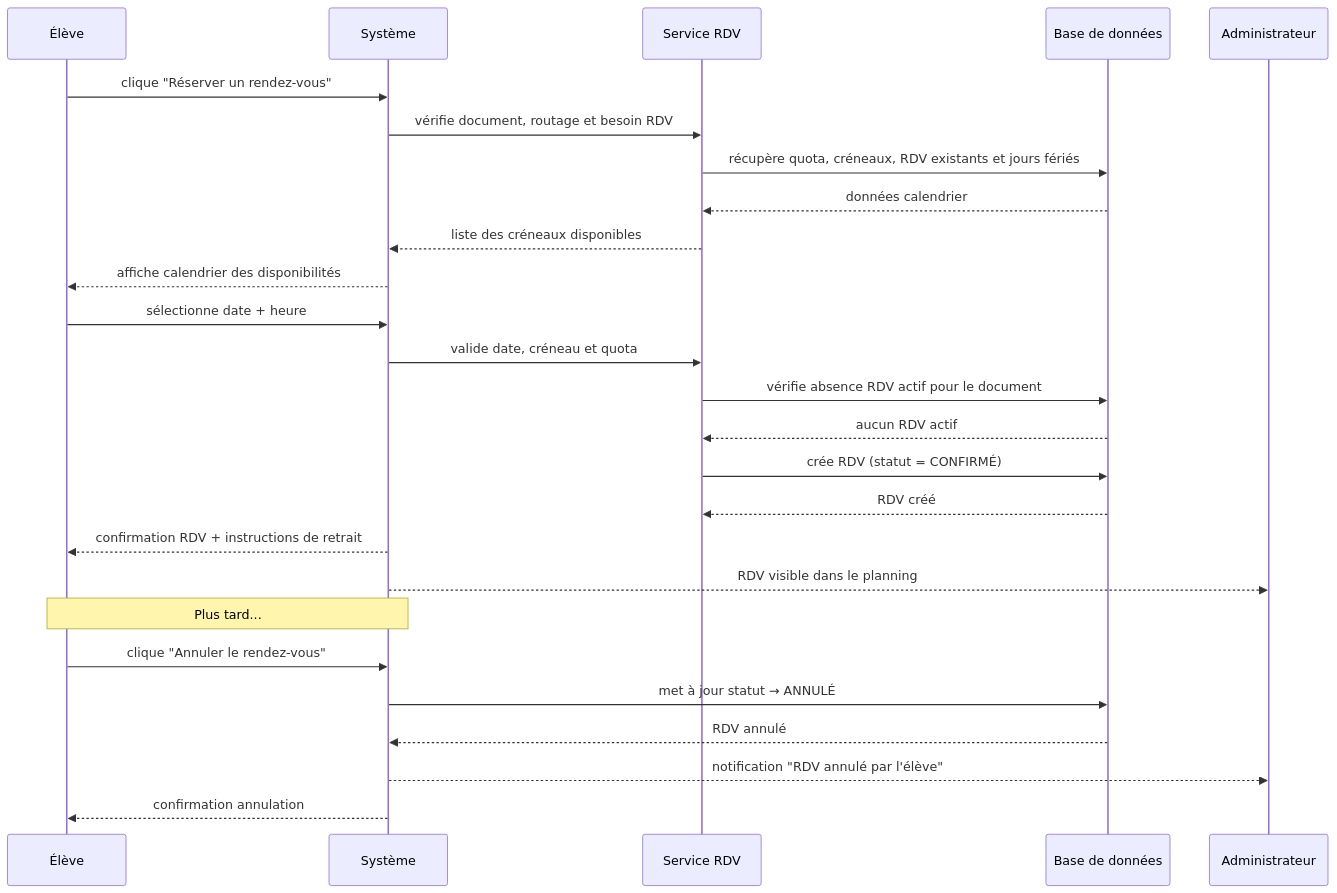
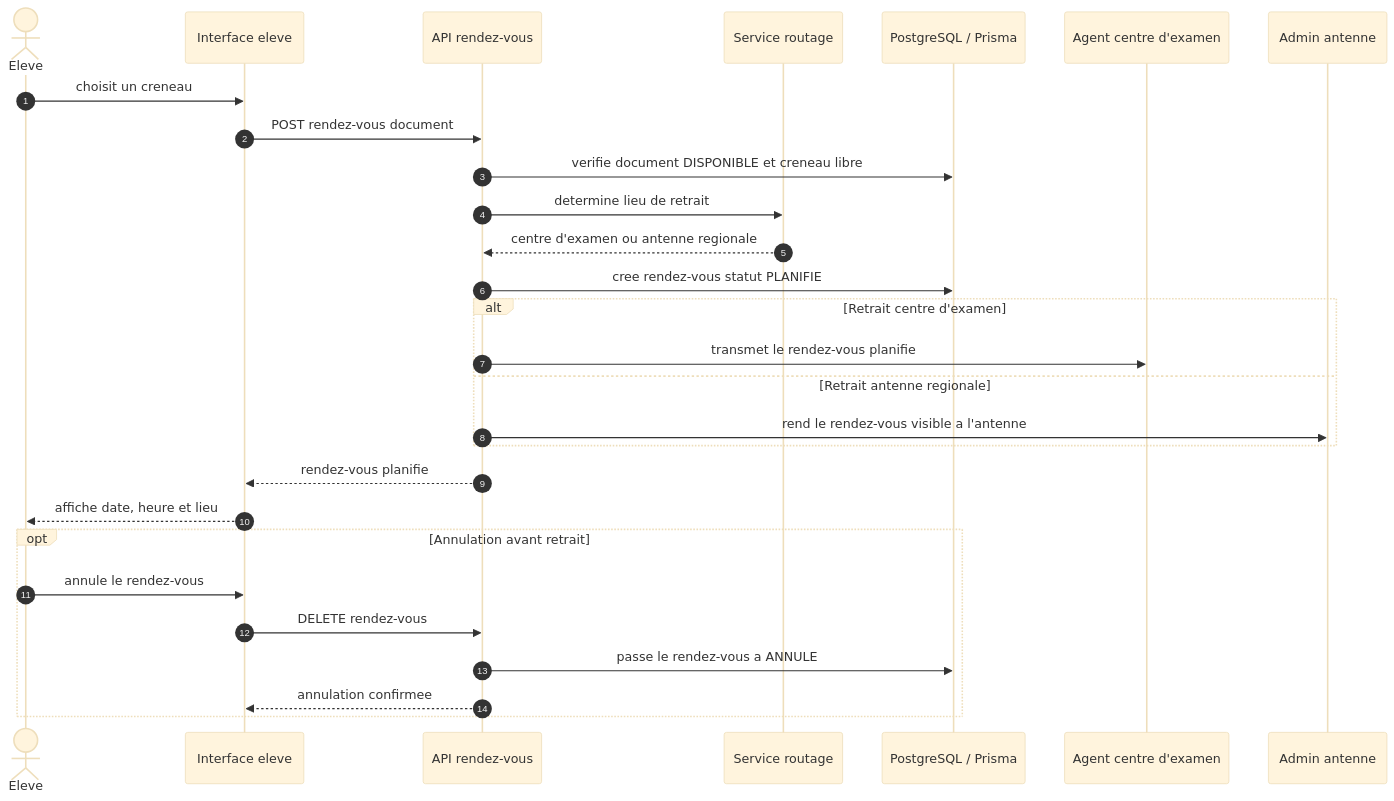
Before and after one commit to yoppanjikamf/application-demande-document-academique: the eighth of 11 diagrams in docs/diagrammes_uml_mis_a_jour.md, drawn with Mermaid. The commit also changed other lines of this file and 445 other files, not shown here.

````diff
--- a/docs/diagrammes_uml_mis_a_jour.md
+++ b/docs/diagrammes_uml_mis_a_jour.md
@@ -577,29 +587,33 @@
 ```mermaid
+%%{init: {"theme": "base", "themeVariables": {"fontFamily": "Arial", "fontSize": "20px"}}}%%
 sequenceDiagram
-    participant Eleve as Élève
-    participant Systeme as Système
-    participant Service as Service RDV
-    participant BDD as Base de données
-    participant Admin as Administrateur
+    autonumber
+    actor Eleve
+    participant UI as Interface eleve
+    participant API as API rendez-vous
+    participant Route as Service routage
+    participant DB as PostgreSQL / Prisma
+    participant Agent as Agent centre d'examen
+    participant Admin as Admin antenne
 
-    Eleve->>Systeme: clique "Réserver un rendez-vous"
-    Systeme->>Service: vérifie document, routage et besoin RDV
-    Service->>BDD: récupère quota, créneaux, RDV existants et jours fériés
-    BDD-->>Service: données calendrier
-    Service-->>Systeme: liste des créneaux disponibles
-    Systeme-->>Eleve: affiche calendrier des disponibilités
-    Eleve->>Systeme: sélectionne date + heure
-    Systeme->>Service: valide date, créneau et quota
-    Service->>BDD: vérifie absence RDV actif pour le document
-    BDD-->>Service: aucun RDV actif
-    Service->>BDD: crée RDV (statut = CONFIRMÉ)
-    BDD-->>Service: RDV créé
-    Systeme-->>Eleve: confirmation RDV + instructions de retrait
-    Systeme-->>Admin: RDV visible dans le planning
-    Note over Eleve,Systeme: Plus tard...
-    Eleve->>Systeme: clique "Annuler le rendez-vous"
-    Systeme->>BDD: met à jour statut → ANNULÉ
-    BDD-->>Systeme: RDV annulé
-    Systeme-->>Admin: notification "RDV annulé par l'élève"
-    Systeme-->>Eleve: confirmation annulation
+    Eleve->>UI: choisit un creneau
+    UI->>API: POST rendez-vous document
+    API->>DB: verifie document DISPONIBLE et creneau libre
+    API->>Route: determine lieu de retrait
+    Route-->>API: centre d'examen ou antenne regionale
+    API->>DB: cree rendez-vous statut PLANIFIE
+    alt Retrait centre d'examen
+        API->>Agent: transmet le rendez-vous planifie
+    else Retrait antenne regionale
+        API->>Admin: rend le rendez-vous visible a l'antenne
+    end
+    API-->>UI: rendez-vous planifie
+    UI-->>Eleve: affiche date, heure et lieu
+
+    opt Annulation avant retrait
+        Eleve->>UI: annule le rendez-vous
+        UI->>API: DELETE rendez-vous
+        API->>DB: passe le rendez-vous a ANNULE
+        API-->>UI: annulation confirmee
+    end
 ```
````
